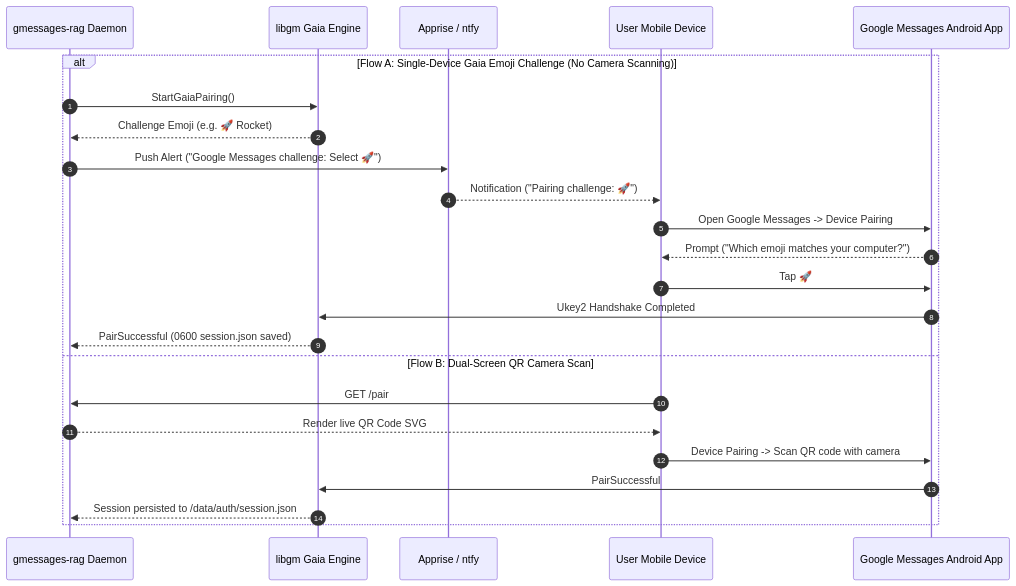
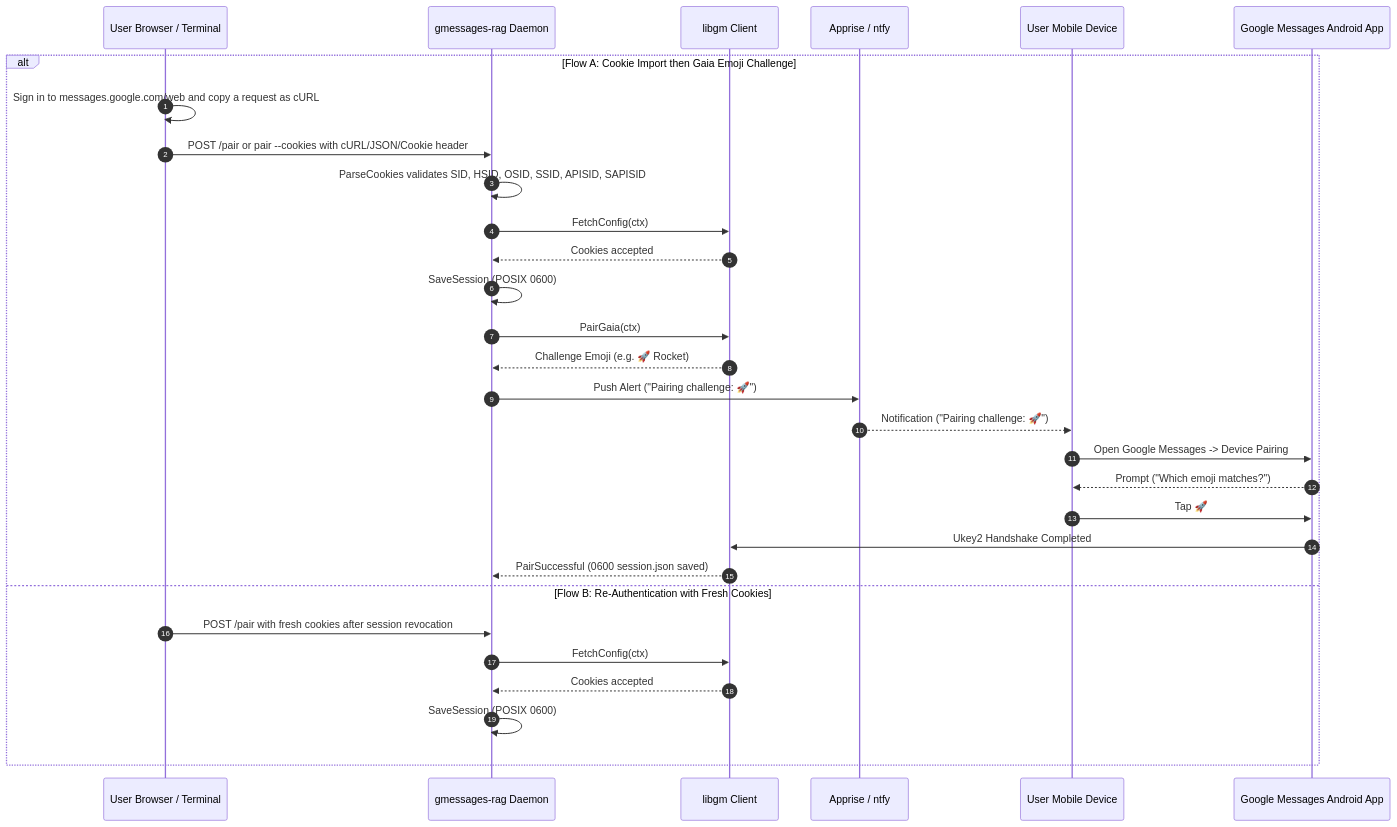
Before and after one commit to spelech/gmessage-rag: the sixth of 6 diagrams in docs/ARCHITECTURE.md, drawn with Mermaid. The commit also changed other lines of this file and 31 other files, not shown here.

First line of the commit message:
feat(auth): replace QR pairing with Google session cookie import

````diff
--- a/docs/ARCHITECTURE.md
+++ b/docs/ARCHITECTURE.md
@@ -408,27 +408,33 @@
 ```mermaid
 sequenceDiagram
     autonumber
+    participant User as User Browser / Terminal
     participant Daemon as gmessages-rag Daemon
-    participant LibGM as libgm Gaia Engine
+    participant LibGM as libgm Client
     participant Push as Apprise / ntfy
     participant Phone as User Mobile Device
     participant GMApp as Google Messages Android App
 
-    alt Flow A: Single-Device Gaia Emoji Challenge (No Camera Scanning)
-        Daemon->>LibGM: StartGaiaPairing()
+    alt Flow A: Cookie Import then Gaia Emoji Challenge
+        User->>User: Sign in to messages.google.com/web and copy a request as cURL
+        User->>Daemon: POST /pair or pair --cookies with cURL/JSON/Cookie header
+        Daemon->>Daemon: ParseCookies validates SID, HSID, OSID, SSID, APISID, SAPISID
+        Daemon->>LibGM: FetchConfig(ctx)
+        LibGM-->>Daemon: Cookies accepted
+        Daemon->>Daemon: SaveSession (POSIX 0600)
+        Daemon->>LibGM: PairGaia(ctx)
         LibGM-->>Daemon: Challenge Emoji (e.g. 🚀 Rocket)
-        Daemon->>Push: Push Alert ("Google Messages challenge: Select 🚀")
+        Daemon->>Push: Push Alert ("Pairing challenge: 🚀")
         Push-->>Phone: Notification ("Pairing challenge: 🚀")
         Phone->>GMApp: Open Google Messages -> Device Pairing
-        GMApp-->>Phone: Prompt ("Which emoji matches your computer?")
+        GMApp-->>Phone: Prompt ("Which emoji matches?")
         Phone->>GMApp: Tap 🚀
         GMApp->>LibGM: Ukey2 Handshake Completed
         LibGM-->>Daemon: PairSuccessful (0600 session.json saved)
-    else Flow B: Dual-Screen QR Camera Scan
-        Phone->>Daemon: GET /pair
-        Daemon-->>Phone: Render live QR Code SVG
-        Phone->>GMApp: Device Pairing -> Scan QR code with camera
-        GMApp->>LibGM: PairSuccessful
-        LibGM-->>Daemon: Session persisted to /data/auth/session.json
+    else Flow B: Re-Authentication with Fresh Cookies
+        User->>Daemon: POST /pair with fresh cookies after session revocation
+        Daemon->>LibGM: FetchConfig(ctx)
+        LibGM-->>Daemon: Cookies accepted
+        Daemon->>Daemon: SaveSession (POSIX 0600)
     end
 ```
````
